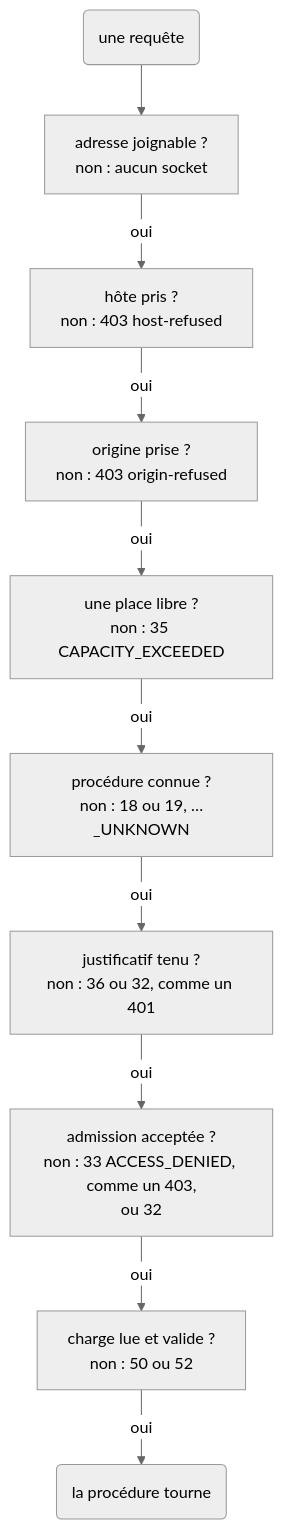
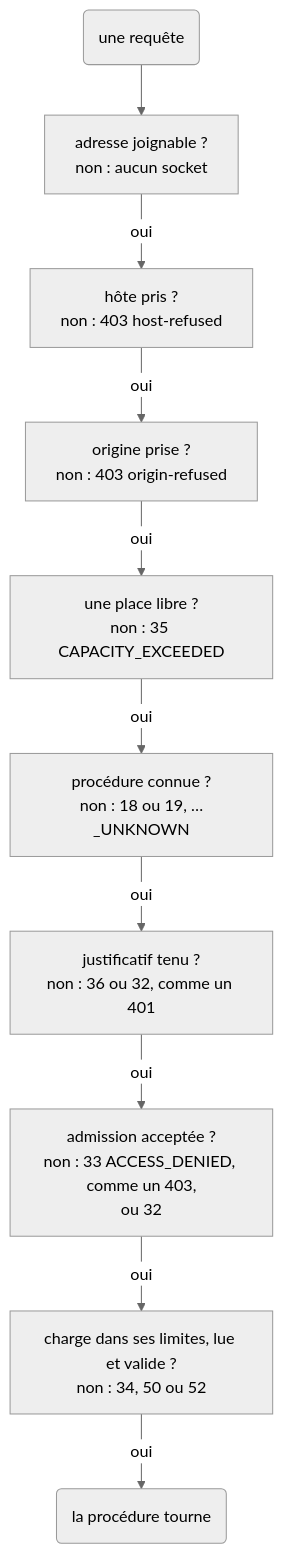
The diagram in site/diagrams/fr/guards.mmd (francisdesjardins/bead), drawn with Mermaid (neutral theme) before and after one commit. The commit also changed 11 other files, not shown here.

```diff
--- a/site/diagrams/fr/guards.mmd
+++ b/site/diagrams/fr/guards.mmd
@@ -1,12 +1,12 @@
 flowchart TB
   rq("une requête")
   sock["adresse joignable ?<br/>non : aucun socket"]
   host["hôte pris ?<br/>non : 403 host-refused"]
   orig["origine prise ?<br/>non : 403 origin-refused"]
   cap["une place libre ?<br/>non : 35 CAPACITY_EXCEEDED"]
   route["procédure connue ?<br/>non : 18 ou 19, …_UNKNOWN"]
   cred["justificatif tenu ?<br/>non : 36 ou 32, comme un 401"]
   adm["admission acceptée ?<br/>non : 33 ACCESS_DENIED, comme un 403,<br/>ou 32"]
-  pay["charge lue et valide ?<br/>non : 50 ou 52"]
+  pay["charge dans ses limites, lue et valide ?<br/>non : 34, 50 ou 52"]
   proc("la procédure tourne")
   rq --> sock -- oui --> host -- oui --> orig -- oui --> cap -- oui --> route -- oui --> cred -- oui --> adm -- oui --> pay -- oui --> proc
```
